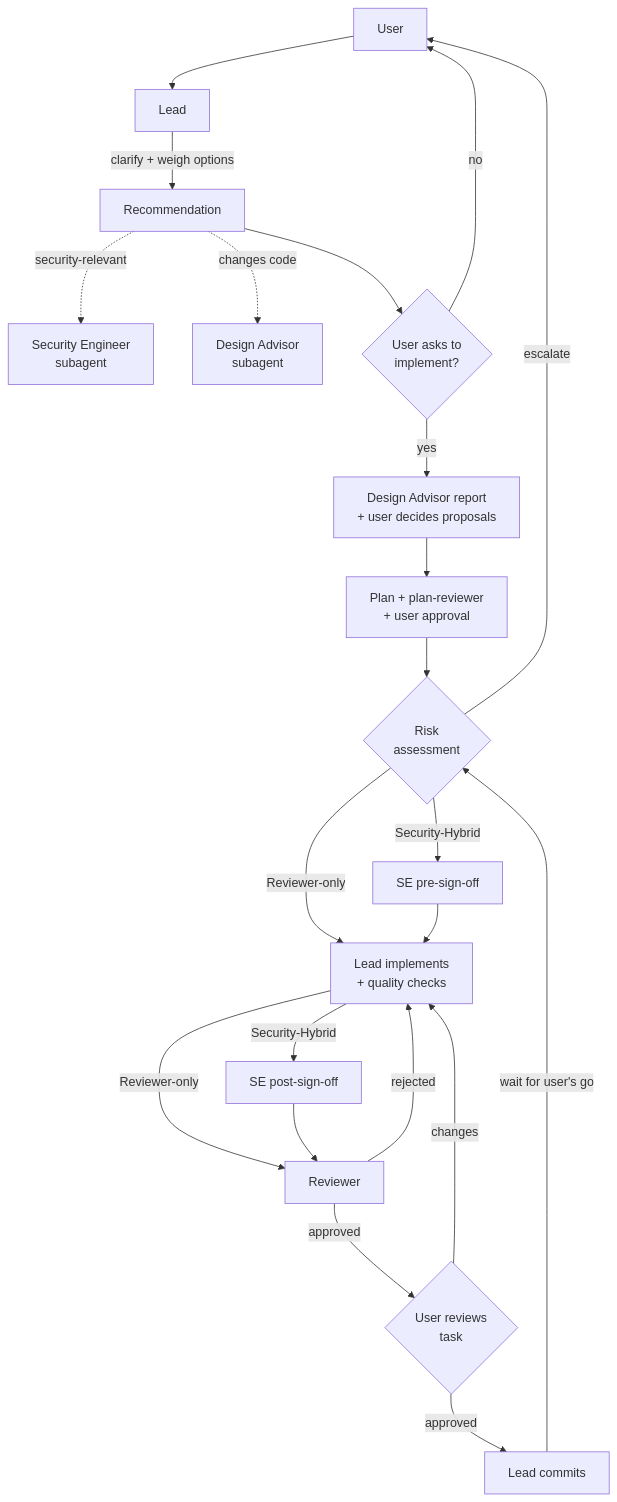
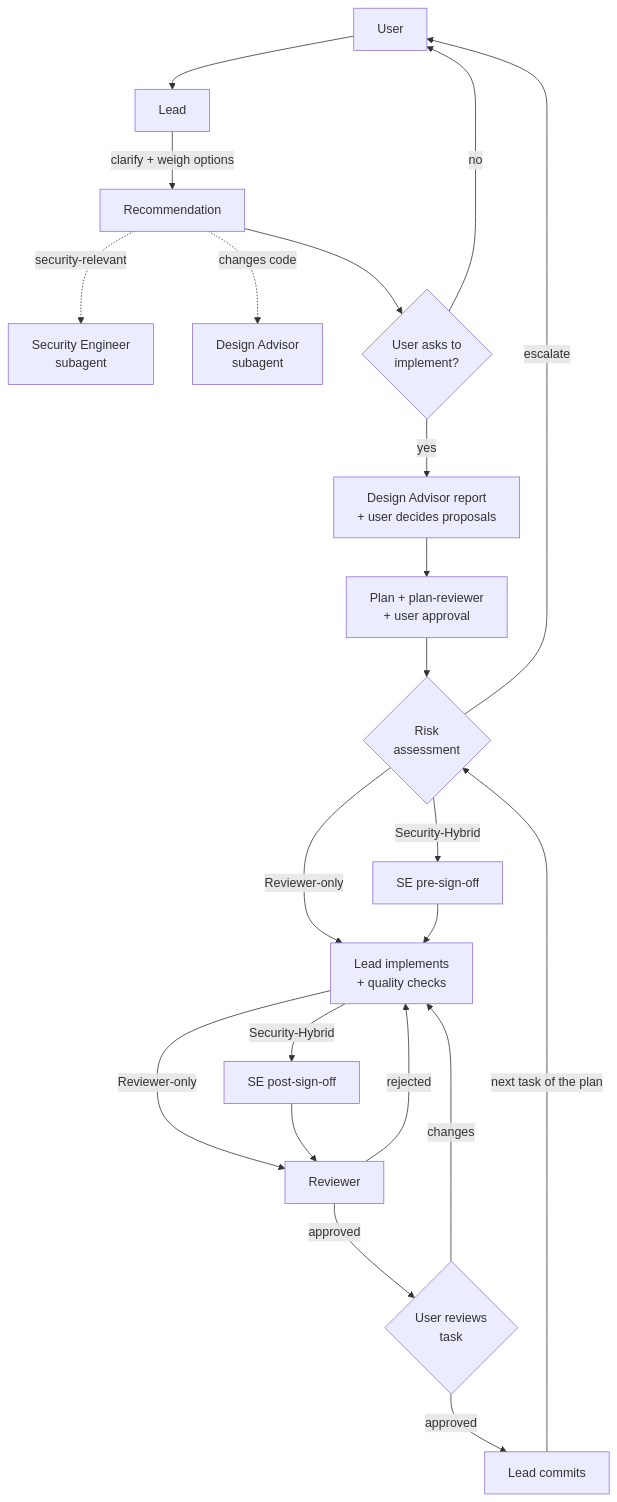
One commit to chdalski/claude_orchestration changed the third of 3 diagrams in README.md. Above: the diagram before and after it, drawn with Mermaid. The commit also changed 4 other files, not shown here.

First line of the commit message:
feat(blueprints): ask the user only at each task's commit review

````diff
--- a/README.md
+++ b/README.md
@@ -316,24 +316,24 @@
 ```mermaid
 graph TD
     User --> Lead
     Lead -->|clarify + weigh options| Advice[Recommendation]
     Advice -.->|security-relevant| SEC[Security Engineer<br/>subagent]
     Advice -.->|changes code| DA[Design Advisor<br/>subagent]
     Advice --> UDec{User asks to<br/>implement?}
     UDec -->|no| User
     UDec -->|yes| Design[Design Advisor report<br/>+ user decides proposals]
     Design --> Plan[Plan + plan-reviewer<br/>+ user approval]
     Plan --> Risk{Risk<br/>assessment}
     Risk -->|escalate| User
     Risk -->|Security-Hybrid| Pre[SE pre-sign-off]
     Risk -->|Reviewer-only| Impl[Lead implements<br/>+ quality checks]
     Pre --> Impl
     Impl -->|Security-Hybrid| Post[SE post-sign-off]
     Impl -->|Reviewer-only| Rev[Reviewer]
     Post --> Rev
     Rev -->|rejected| Impl
     Rev -->|approved| UR{User reviews<br/>task}
     UR -->|changes| Impl
     UR -->|approved| Commit[Lead commits]
-    Commit -->|wait for user's go| Risk
+    Commit -->|next task of the plan| Risk
 ```
````
